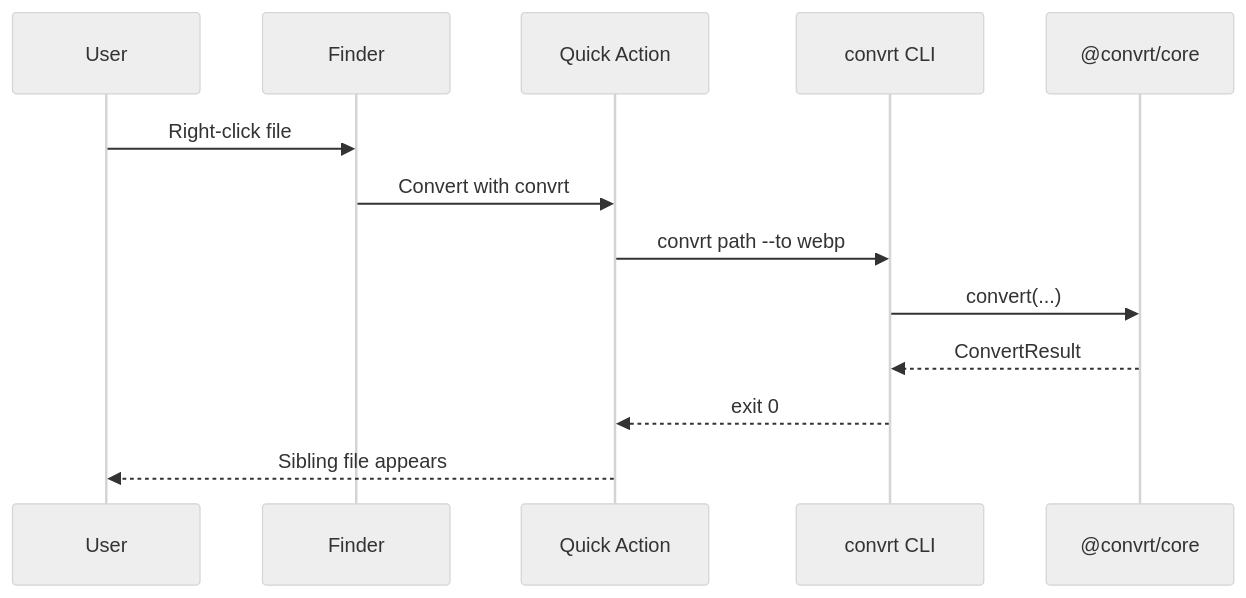
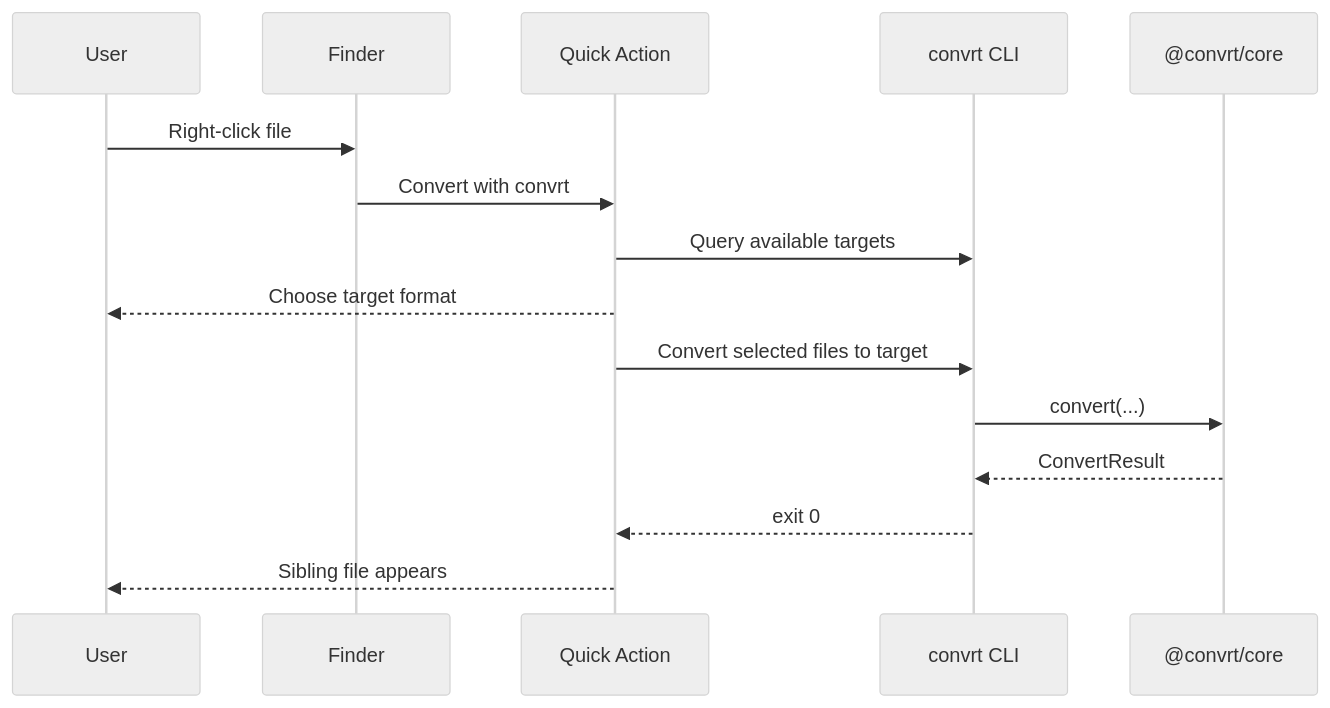
The diagram in docs/macos/README.md (smeltery/convrt), drawn with Mermaid (neutral theme) before and after one commit. The commit also changed other lines of this file and 179 other files, not shown here.

````diff
--- a/docs/macos/README.md
+++ b/docs/macos/README.md
@@ -6,16 +6,18 @@
 ```mermaid
 sequenceDiagram
   participant User
   participant Finder
   participant Service as Quick Action
   participant CLI as convrt CLI
   participant Core as @convrt/core
 
   User->>Finder: Right-click file
   Finder->>Service: Convert with convrt
-  Service->>CLI: convrt path --to webp
+  Service->>CLI: Query available targets
+  Service-->>User: Choose target format
+  Service->>CLI: Convert selected files to target
   CLI->>Core: convert(...)
   Core-->>CLI: ConvertResult
   CLI-->>Service: exit 0
   Service-->>User: Sibling file appears
 ```
````
